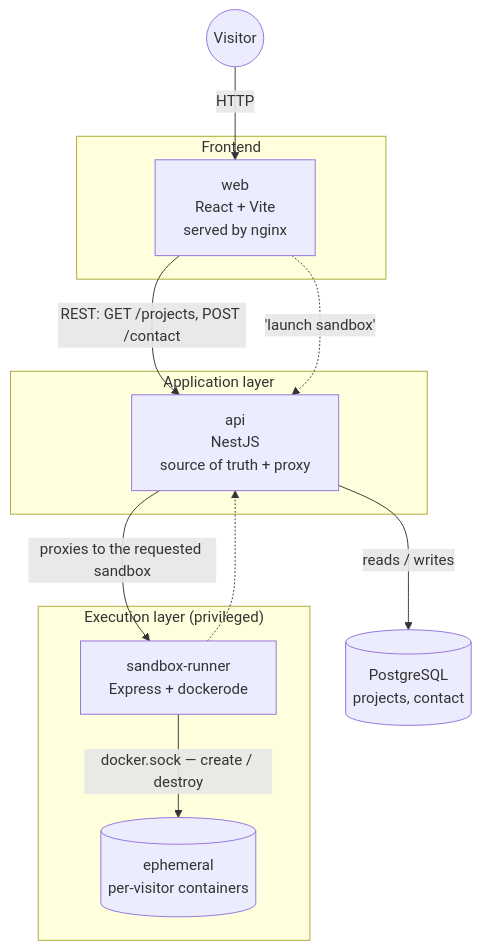
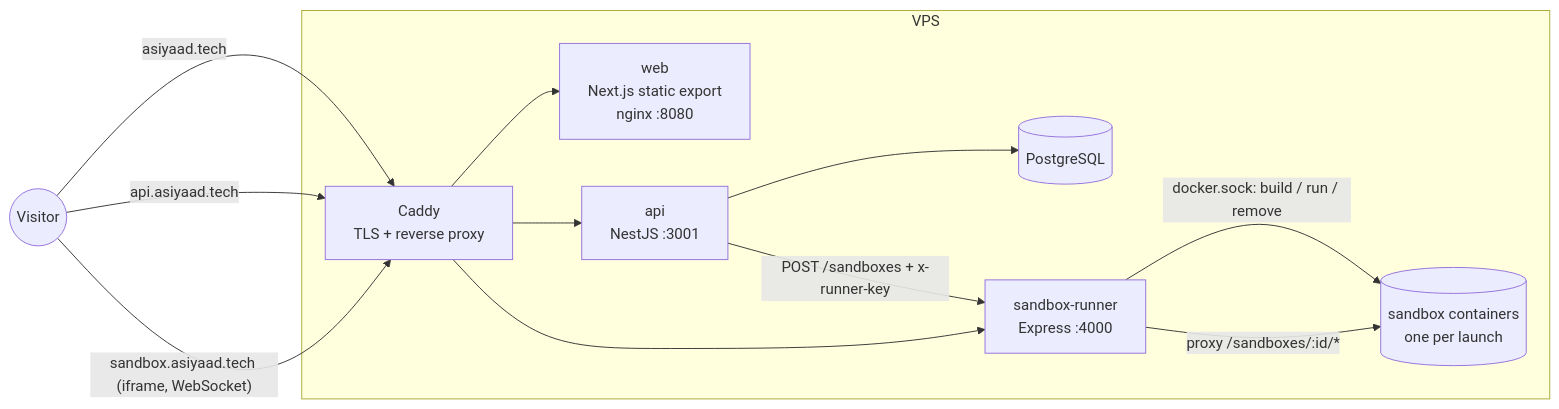
Before and after one commit to Xasiyy/Portfolio: the diagram in README.md, drawn with Mermaid. The commit also changed other lines of this file and 5 other files, not shown here.

````diff
--- a/README.md
+++ b/README.md
@@ -26,34 +34,27 @@
 ```mermaid
-flowchart TB
+flowchart LR
     Visitor(("Visitor"))
 
-    subgraph Frontend
+    subgraph VPS
+        Caddy["Caddy
+        TLS + reverse proxy"]
         Web["web
-        React + Vite
-        served by nginx"]
+        Next.js static export
+        nginx :8080"]
+        Api["api
+        NestJS :3001"]
+        Db[("PostgreSQL")]
+        Runner["sandbox-runner
+        Express :4000"]
+        Sbx[("sandbox containers
+        one per launch")]
     end
 
-    subgraph "Application layer"
-        Api["api
-        NestJS
-        source of truth + proxy"]
-    end
-
-    subgraph "Execution layer (privileged)"
-        Runner["sandbox-runner
-        Express + dockerode"]
-        Sandboxes[("ephemeral
-        per-visitor containers")]
-    end
-
-    Db[("PostgreSQL
-    projects, contact")]
-
-    Visitor -->|HTTP| Web
-    Web -->|"REST: GET /projects, POST /contact"| Api
-    Web -.->|"'launch sandbox'"| Api
-    Api -->|reads / writes| Db
-    Api -->|"proxies to the requested sandbox"| Runner
-    Runner -->|"docker.sock — create / destroy"| Sandboxes
-    Runner -.-> Api
+    Visitor -->|asiyaad.tech| Caddy --> Web
+    Visitor -->|api.asiyaad.tech| Caddy --> Api
+    Visitor -->|"sandbox.asiyaad.tech (iframe, WebSocket)"| Caddy --> Runner
+    Api --> Db
+    Api -->|"POST /sandboxes + x-runner-key"| Runner
+    Runner -->|"docker.sock: build / run / remove"| Sbx
+    Runner -->|"proxy /sandboxes/:id/*"| Sbx
 ```
````
